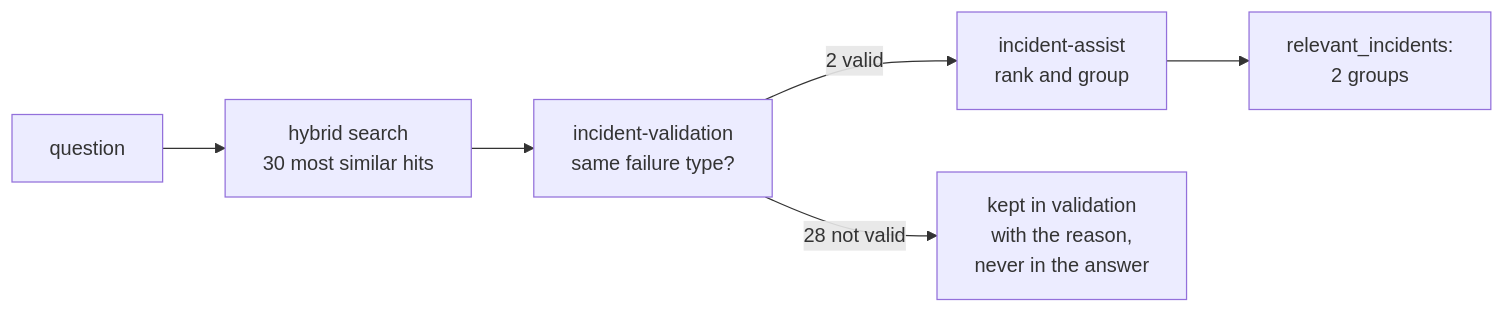
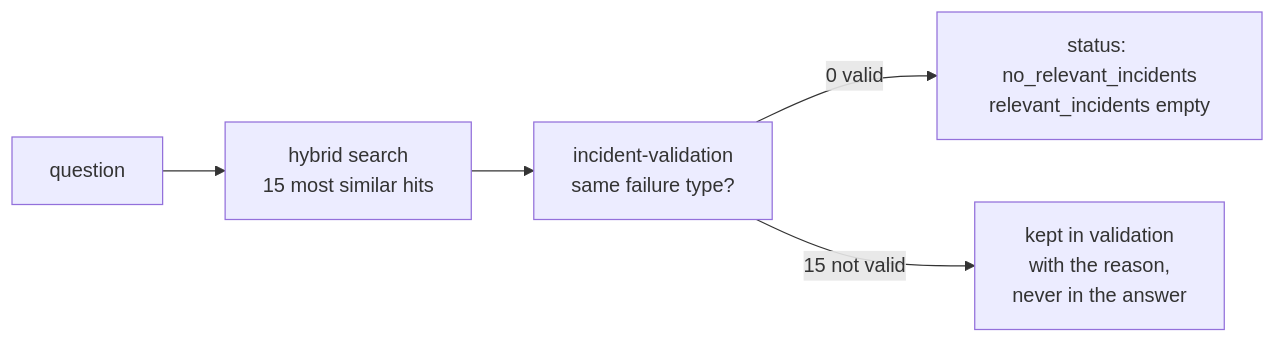
The fifth of 6 diagrams in README.md (gustavomoises/dayforce), drawn with Mermaid before and after one commit. The commit also changed other lines of this file and 1 other file, not shown here.

Commit message:
docs: README assist examples from the 500-incident data

````diff
--- a/README.md
+++ b/README.md
@@ -102,8 +102,7 @@
 ```mermaid
 flowchart LR
-    Q["question"] --> S["hybrid search<br/>30 most similar hits"]
+    Q["question"] --> S["hybrid search<br/>15 most similar hits"]
     S --> V["incident-validation<br/>same failure type?"]
-    V -->|"2 valid"| A["incident-assist<br/>rank and group"]
-    V -->|"28 not valid"| X["kept in validation<br/>with the reason,<br/>never in the answer"]
-    A --> R["relevant_incidents:<br/>2 groups"]
+    V -->|"0 valid"| R["status: no_relevant_incidents<br/>relevant_incidents empty"]
+    V -->|"15 not valid"| X["kept in validation<br/>with the reason,<br/>never in the answer"]
 ```
````
